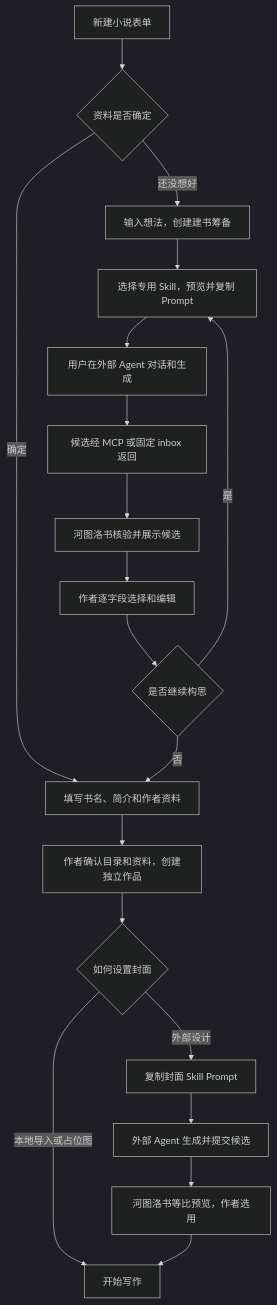
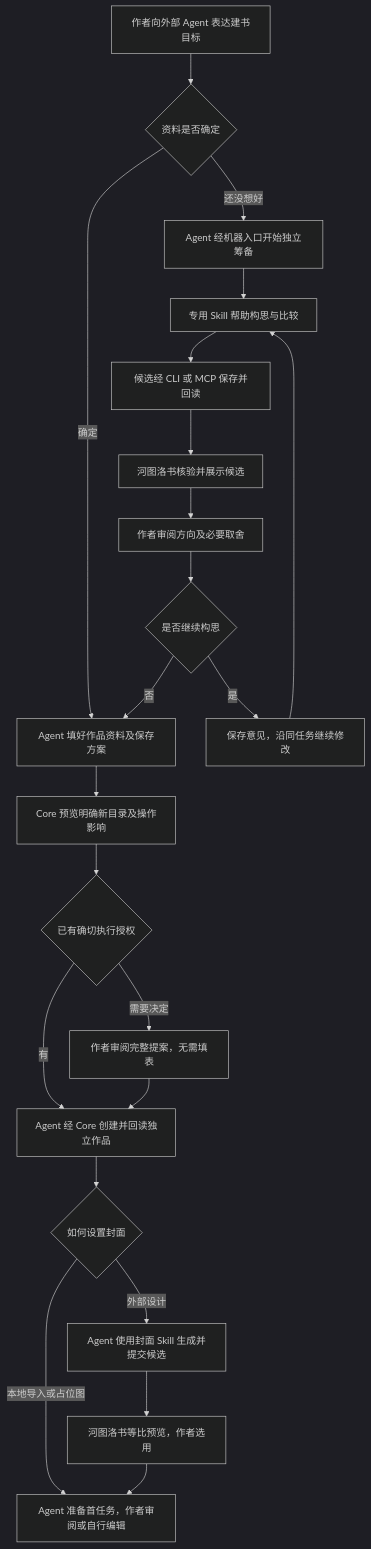
One commit to limecloud/hetu changed the fourth of 48 diagrams in docs/23-业务流程与MCP时序.md. Above: the diagram before and after it, drawn with Mermaid (dark theme). The commit also changed other lines of this file and 993 other files, not shown here.

````diff
--- a/docs/23-业务流程与MCP时序.md
+++ b/docs/23-业务流程与MCP时序.md
@@ -98,21 +100,24 @@
 ```mermaid
 flowchart TD
-    newBook["新建小说表单"] --> known{"资料是否确定"}
-    known -->|"确定"| form["填写书名、简介和作者资料"]
-    known -->|"还没想好"| idea["输入想法，创建建书筹备"]
-    idea --> prompt["选择专用 Skill，预览并复制 Prompt"]
-    prompt --> external["用户在外部 Agent 对话和生成"]
-    external --> result["候选经 MCP 或固定 inbox 返回"]
+    newBook["作者向外部 Agent 表达建书目标"] --> known{"资料是否确定"}
+    known -->|"确定"| form["Agent 填好作品资料及保存方案"]
+    known -->|"还没想好"| idea["Agent 经机器入口开始独立筹备"]
+    idea --> external["专用 Skill 帮助构思与比较"]
+    external --> result["候选经 CLI 或 MCP 保存并回读"]
     result --> verify["河图洛书核验并展示候选"]
-    verify --> choose["作者逐字段选择和编辑"]
+    verify --> choose["作者审阅方向及必要取舍"]
     choose --> satisfied{"是否继续构思"}
-    satisfied -->|"是"| prompt
+    satisfied -->|"是"| feedback["保存意见，沿同任务继续修改"]
+    feedback --> external
     satisfied -->|"否"| form
-    form --> create["作者确认目录和资料，创建独立作品"]
+    form --> previewCreate["Core 预览明确新目录及操作影响"]
+    previewCreate --> decide{"已有确切执行授权"}
+    decide -->|"有"| create["Agent 经 Core 创建并回读独立作品"]
+    decide -->|"需要决定"| approval["作者审阅完整提案，无需填表"]
+    approval --> create
     create --> cover{"如何设置封面"}
-    cover -->|"本地导入或占位图"| write["开始写作"]
-    cover -->|"外部设计"| coverPrompt["复制封面 Skill Prompt"]
-    coverPrompt --> coverAgent["外部 Agent 生成并提交候选"]
+    cover -->|"本地导入或占位图"| write["Agent 准备首任务，作者审阅或自行编辑"]
+    cover -->|"外部设计"| coverAgent["Agent 使用封面 Skill 生成并提交候选"]
     coverAgent --> preview["河图洛书等比预览，作者选用"]
     preview --> write
 ```
````
